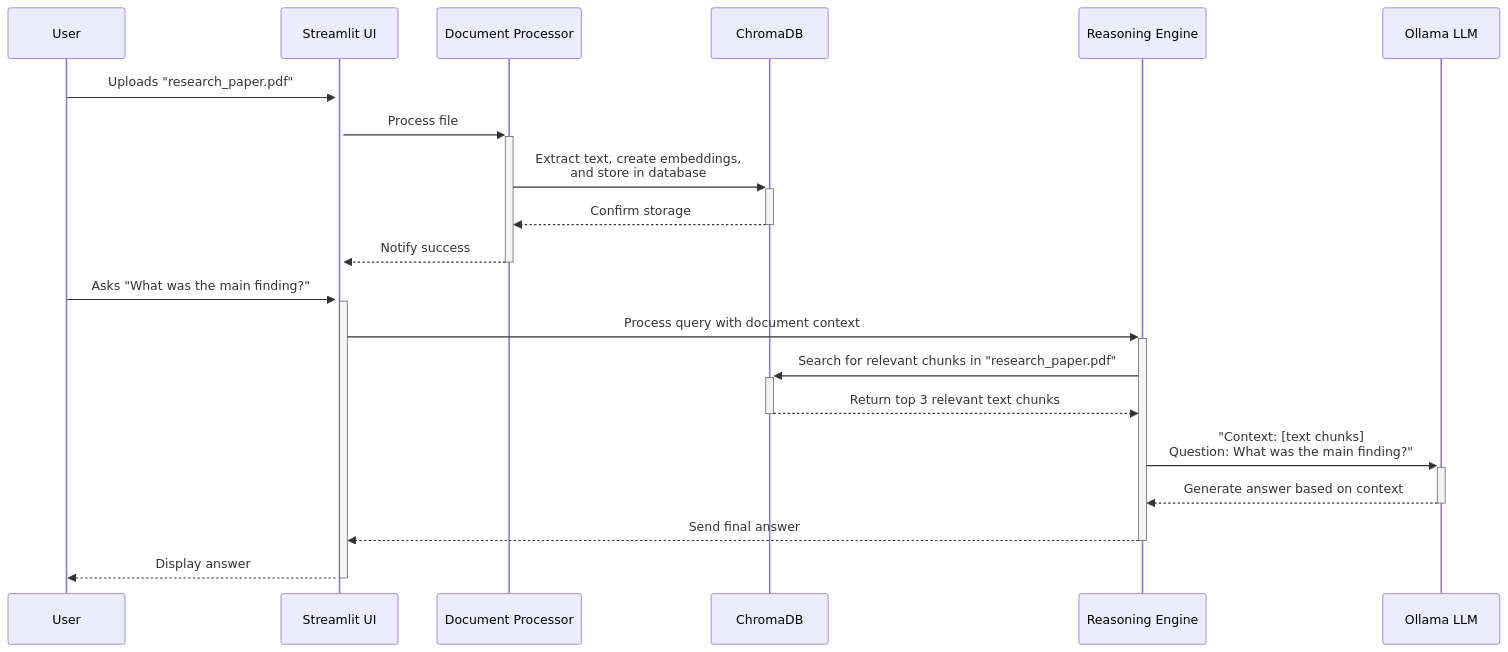
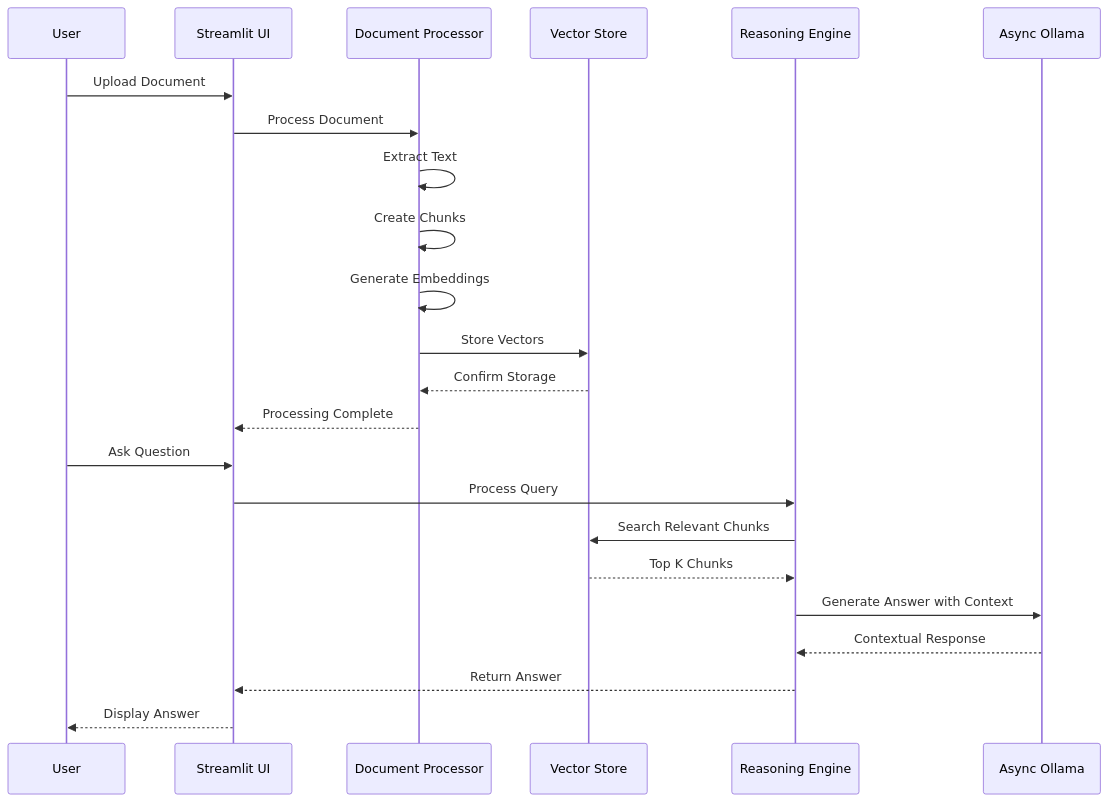
One commit to khaosans/basic-chat changed the seventh of 12 diagrams in docs/ARCHITECTURE.md. Above: the diagram before and after it, drawn with Mermaid. The commit also changed other lines of this file and 5 other files, not shown here.

````diff
--- a/docs/ARCHITECTURE.md
+++ b/docs/ARCHITECTURE.md
@@ -105,24 +280,29 @@
 ```mermaid
 sequenceDiagram
     participant User
     participant UI as Streamlit UI
-    participant DocProc as Document Processor
-    participant DB as ChromaDB
-    participant Engine as Reasoning Engine
-    participant LLM as Ollama LLM
-
-    User->>+UI: Uploads "research_paper.pdf"
-    UI->>+DocProc: Process file
-    DocProc->>+DB: Extract text, create embeddings,<br/>and store in database
-    DB-->>-DocProc: Confirm storage
-    DocProc-->>-UI: Notify success
-
-    User->>+UI: Asks "What was the main finding?"
-    UI->>+Engine: Process query with document context
-    Engine->>+DB: Search for relevant chunks in "research_paper.pdf"
-    DB-->>-Engine: Return top 3 relevant text chunks
-    Engine->>+LLM: "Context: [text chunks]<br/>Question: What was the main finding?"
-    LLM-->>-Engine: Generate answer based on context
-    Engine-->>-UI: Send final answer
-    UI-->>-User: Display answer
+    participant DP as Document Processor
+    participant VS as Vector Store
+    participant RE as Reasoning Engine
+    participant AO as Async Ollama
+    
+    User->>UI: Upload Document
+    UI->>DP: Process Document
+    
+    DP->>DP: Extract Text
+    DP->>DP: Create Chunks
+    DP->>DP: Generate Embeddings
+    DP->>VS: Store Vectors
+    VS-->>DP: Confirm Storage
+    DP-->>UI: Processing Complete
+    
+    User->>UI: Ask Question
+    UI->>RE: Process Query
+    
+    RE->>VS: Search Relevant Chunks
+    VS-->>RE: Top K Chunks
+    RE->>AO: Generate Answer with Context
+    AO-->>RE: Contextual Response
+    RE-->>UI: Return Answer
+    UI-->>User: Display Answer
 ```
````
